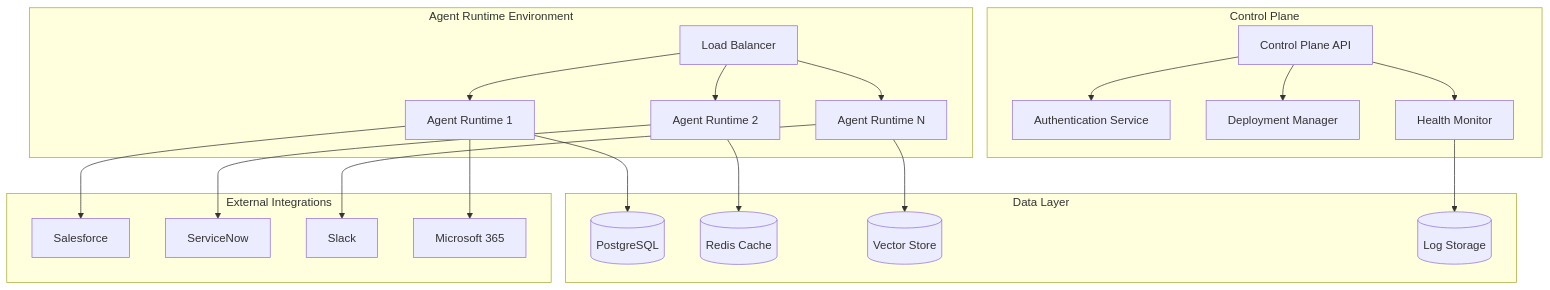
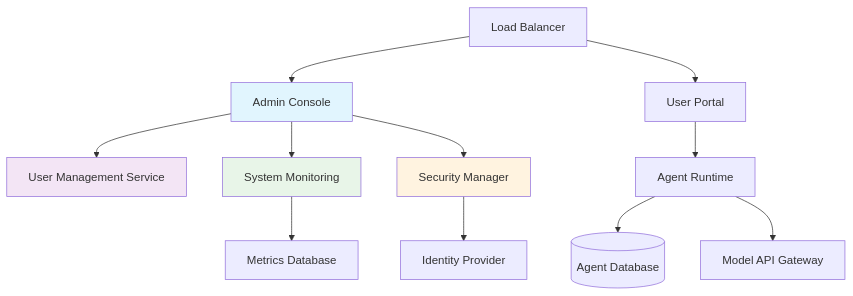
One commit to CRollins6020/CRollins6020 changed the first of 7 diagrams in User-Guides/langchain-agent-platform-admin-guide.md. Above: the diagram before and after it, drawn with Mermaid. The commit also changed other lines of this file and 4 other files, not shown here.

````diff
--- a/User-Guides/langchain-agent-platform-admin-guide.md
+++ b/User-Guides/langchain-agent-platform-admin-guide.md
@@ -84,45 +57,18 @@
 ```mermaid
 graph TB
-    subgraph "Control Plane"
-        CP[Control Plane API]
-        AUTH[Authentication Service]
-        DEPLOY[Deployment Manager]
-        MONITOR[Health Monitor]
-    end
+    A[Load Balancer] --> B[Admin Console]
+    A --> C[User Portal]
+    B --> D[User Management Service]
+    B --> E[System Monitoring]
+    B --> F[Security Manager]
+    C --> G[Agent Runtime]
+    G --> H[(Agent Database)]
+    G --> I[Model API Gateway]
+    F --> J[Identity Provider]
+    E --> K[Metrics Database]
     
-    subgraph "Agent Runtime Environment"
-        AR1[Agent Runtime 1]
-        AR2[Agent Runtime 2]
-        AR3[Agent Runtime N]
-        LB[Load Balancer]
-    end
-    
-    subgraph "Data Layer"
-        DB[(PostgreSQL)]
-        REDIS[(Redis Cache)]
-        VECTOR[(Vector Store)]
-        LOGS[(Log Storage)]
-    end
-    
-    subgraph "External Integrations"
-        SF[Salesforce]
-        SNM[ServiceNow]
-        SLACK[Slack]
-        M365[Microsoft 365]
-    end
-    
-    CP --> AUTH
-    CP --> DEPLOY
-    CP --> MONITOR
-    LB --> AR1
-    LB --> AR2
-    LB --> AR3
-    AR1 --> DB
-    AR2 --> REDIS
-    AR3 --> VECTOR
-    AR1 --> SF
-    AR2 --> SNM
-    AR3 --> SLACK
-    AR1 --> M365
-    MONITOR --> LOGS
+    style B fill:#e1f5fe
+    style D fill:#f3e5f5
+    style E fill:#e8f5e8
+    style F fill:#fff3e0
 ```
````
